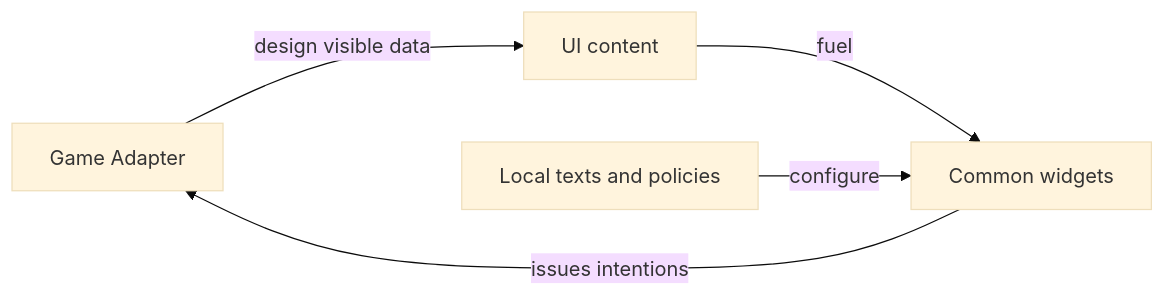
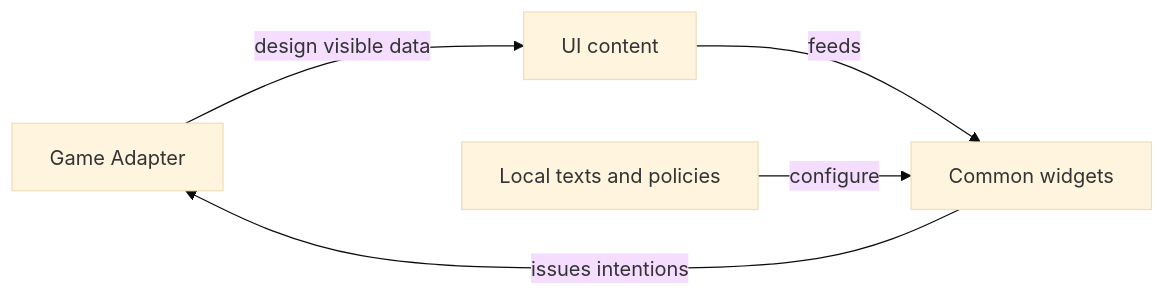
One commit to crististefanita/atf_j4 changed the diagram in whist-lab-app/atf-card-table-ui/README.md. Above: the diagram before and after it, drawn with Mermaid (base theme). The commit also changed other lines of this file and 84 other files, not shown here.

````diff
--- a/whist-lab-app/atf-card-table-ui/README.md
+++ b/whist-lab-app/atf-card-table-ui/README.md
@@ -35,7 +35,7 @@
 ```mermaid
 flowchart LR
     GAME[Game Adapter] -->|design visible data| MODEL[UI content]
-    MODEL -->|fuel| VIEW[Common widgets]
+    MODEL -->|feeds| VIEW[Common widgets]
     VIEW -->|issues intentions| GAME
     POLICY[Local texts and policies] -->|configure| VIEW
 ```
````
